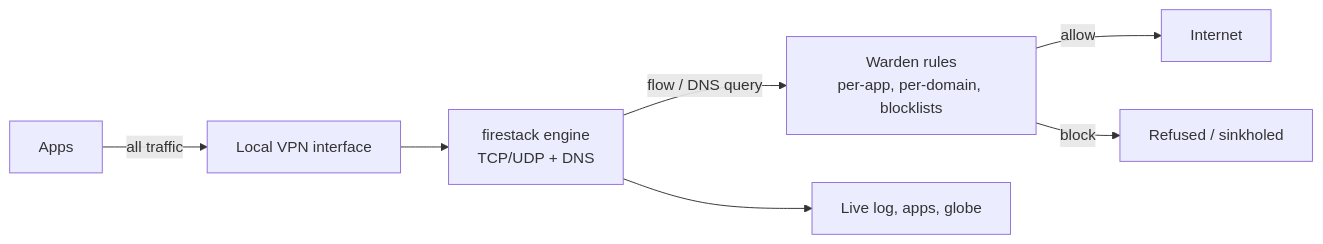
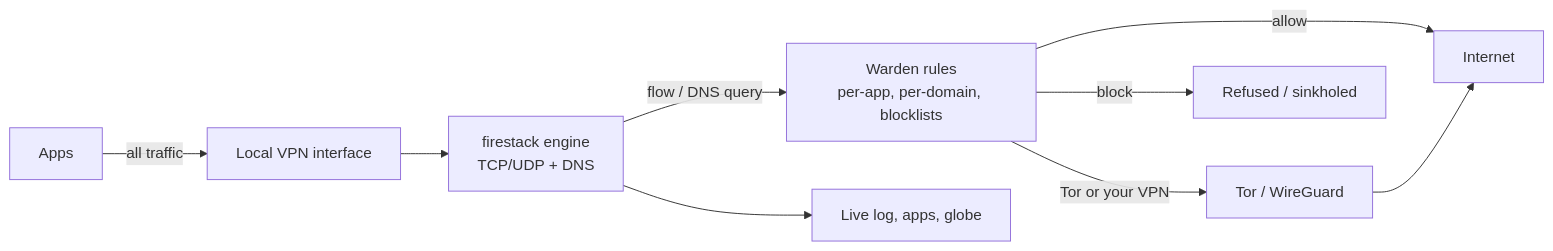
Before and after one commit to sammyZi/warden: the diagram in README.md, drawn with Mermaid. The commit also changed other lines of this file and 1 other file, not shown here.

First line of the commit message:
New banner; README covers lockdown, built-in Tor, Your VPN, custom blocklists and export

````diff
--- a/README.md
+++ b/README.md
@@ -76,9 +84,10 @@
 ```mermaid
 flowchart LR
     A[Apps] -->|all traffic| T[Local VPN interface]
     T --> F[firestack engine<br/>TCP/UDP + DNS]
     F -->|flow / DNS query| W[Warden rules<br/>per-app, per-domain, blocklists]
     W -->|allow| N[Internet]
+    W -->|Tor or your VPN| P[Tor / WireGuard] --> N
     W -->|block| X[Refused / sinkholed]
     F --> L[Live log, apps, globe]
 ```
````
